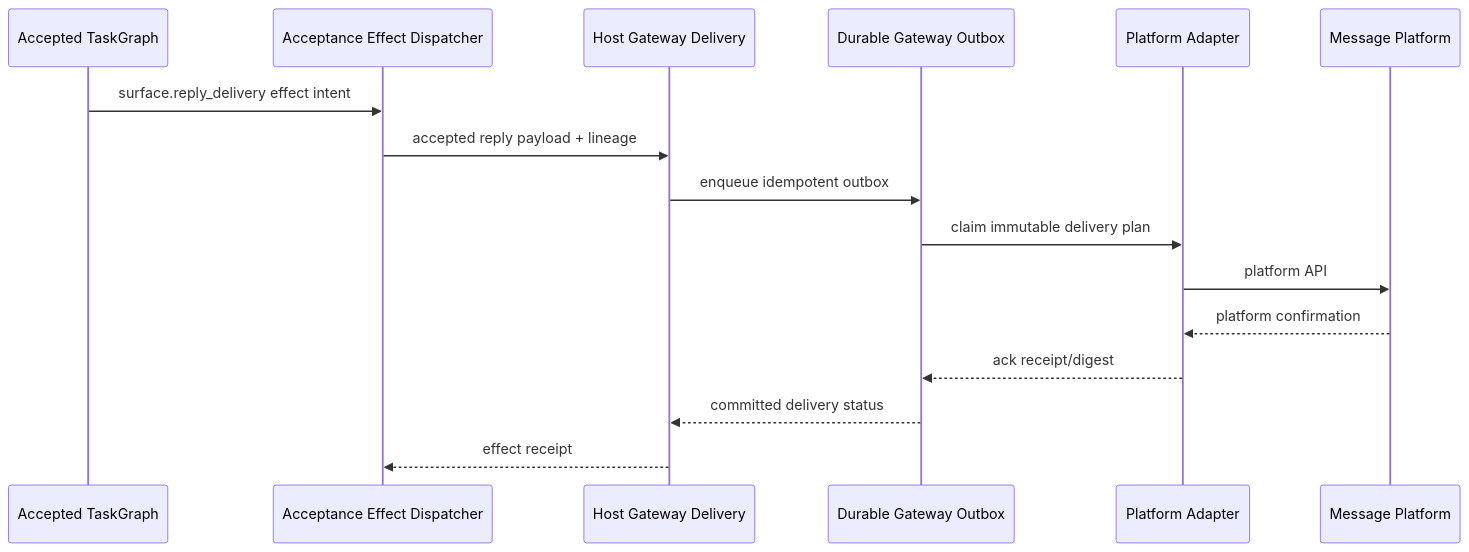
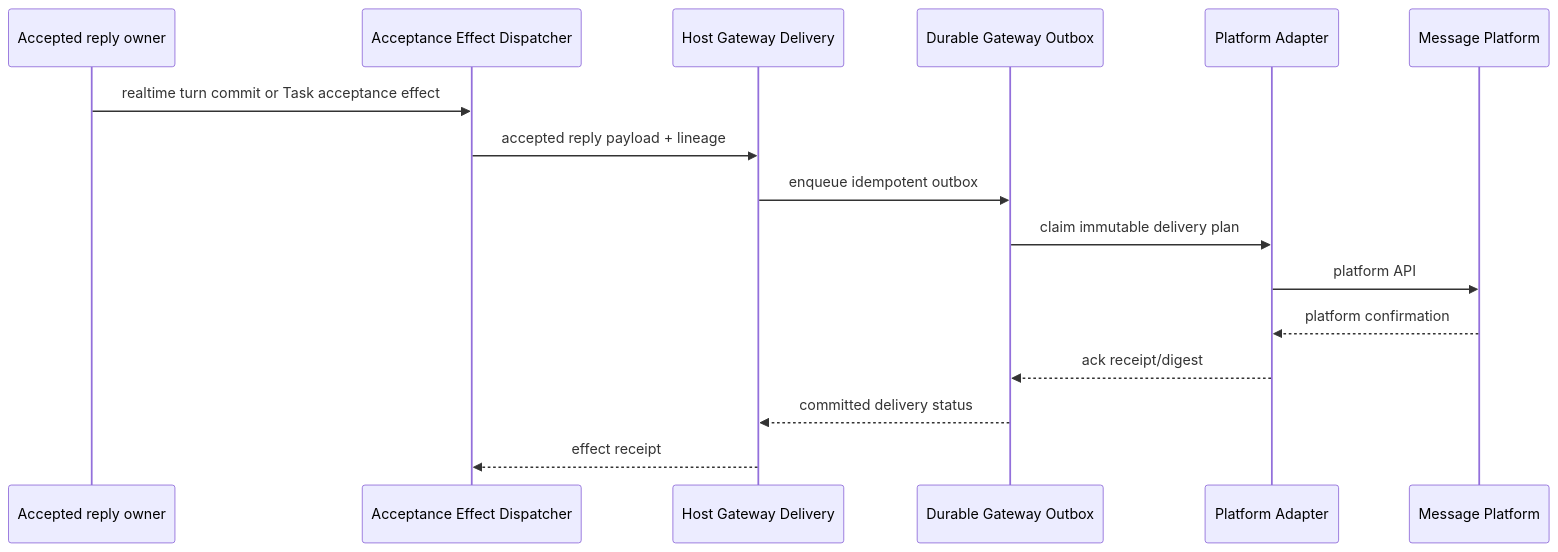
One commit to SakuraYoruno/Natsume_Ai changed the second of 4 diagrams in docs/50_project/arch/diagrams/06_input_output_routes.md. Above: the diagram before and after it, drawn with Mermaid. The commit also changed other lines of this file and 326 other files, not shown here.

````diff
--- a/docs/50_project/arch/diagrams/06_input_output_routes.md
+++ b/docs/50_project/arch/diagrams/06_input_output_routes.md
@@ -39,19 +47,19 @@
 ```mermaid
 sequenceDiagram
-    participant T as Accepted TaskGraph
+    participant T as Accepted reply owner
     participant E as Acceptance Effect Dispatcher
     participant H as Host Gateway Delivery
     participant O as Durable Gateway Outbox
     participant A as Platform Adapter
     participant P as Message Platform
 
-    T->>E: surface.reply_delivery effect intent
+    T->>E: realtime turn commit or Task acceptance effect
     E->>H: accepted reply payload + lineage
     H->>O: enqueue idempotent outbox
     O->>A: claim immutable delivery plan
     A->>P: platform API
     P-->>A: platform confirmation
     A-->>O: ack receipt/digest
     O-->>H: committed delivery status
     H-->>E: effect receipt
 ```
````
